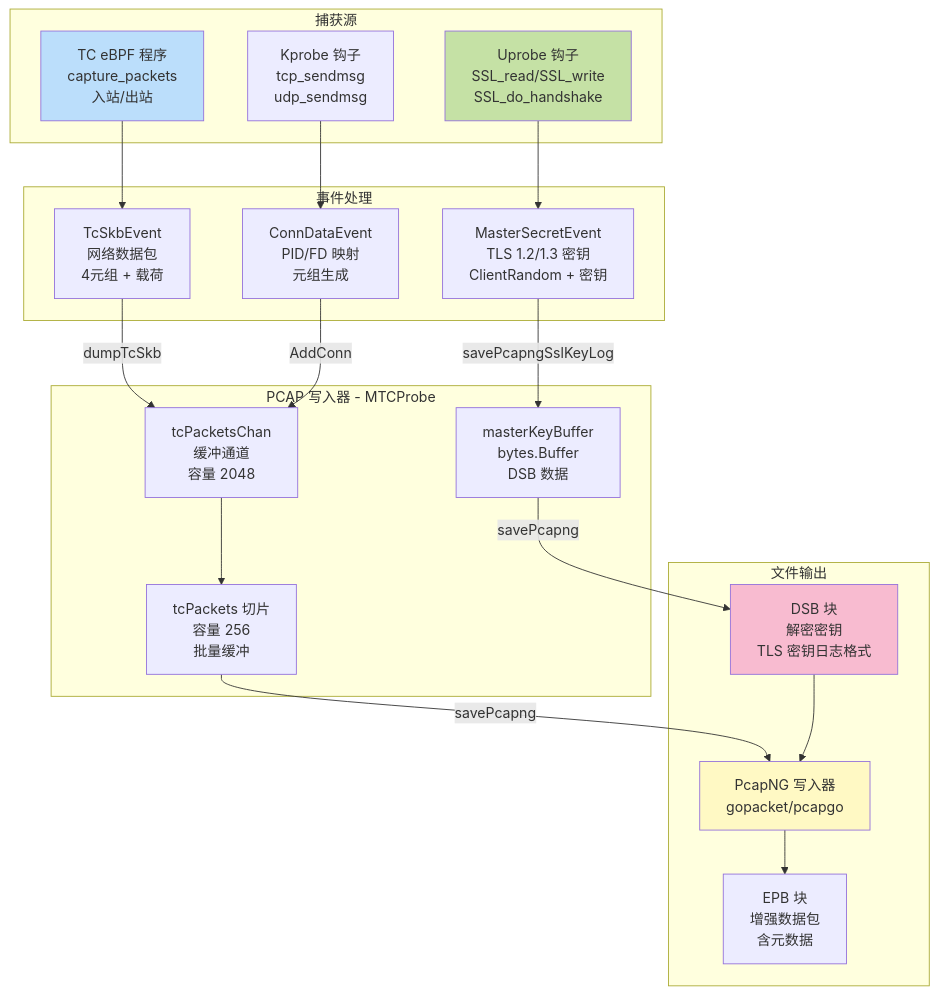
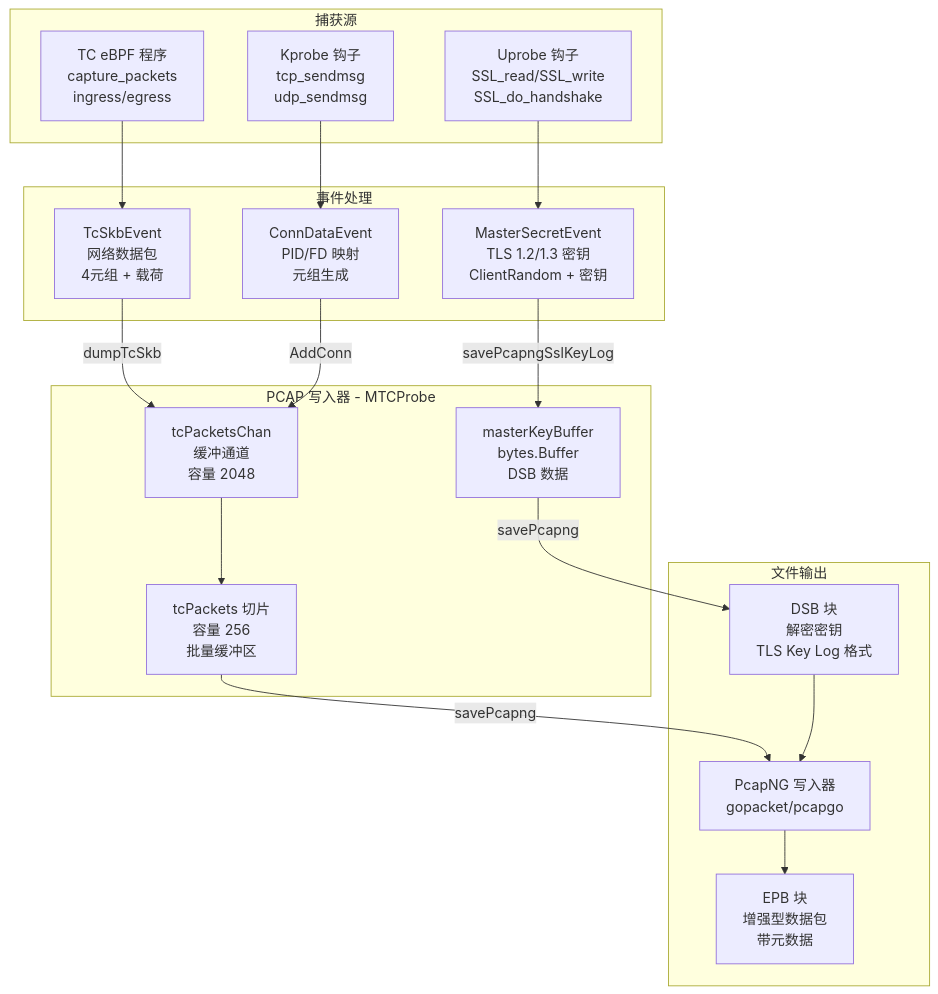
One commit to gojue/ecapture.cc changed the first of 8 diagrams in src/zh/4-output-formats/4.2-pcap-integration.md. Above: the diagram before and after it, drawn with Mermaid. The commit also changed other lines of this file and 115 other files, not shown here.

````diff
--- a/src/zh/4-output-formats/4.2-pcap-integration.md
+++ b/src/zh/4-output-formats/4.2-pcap-integration.md
@@ -23,46 +23,41 @@
 ```mermaid
 graph TB
     subgraph "捕获源"
-        TC[TC eBPF 程序<br/>capture_packets<br/>入站/出站]
-        UPROBE[Uprobe 钩子<br/>SSL_read/SSL_write<br/>SSL_do_handshake]
-        KPROBE[Kprobe 钩子<br/>tcp_sendmsg<br/>udp_sendmsg]
+        TC["TC eBPF 程序<br/>capture_packets<br/>ingress/egress"]
+        UPROBE["Uprobe 钩子<br/>SSL_read/SSL_write<br/>SSL_do_handshake"]
+        KPROBE["Kprobe 钩子<br/>tcp_sendmsg<br/>udp_sendmsg"]
     end
     
     subgraph "事件处理"
-        TC_EVENT[TcSkbEvent<br/>网络数据包<br/>4元组 + 载荷]
-        MS_EVENT[MasterSecretEvent<br/>TLS 1.2/1.3 密钥<br/>ClientRandom + 密钥]
-        CONN_EVENT[ConnDataEvent<br/>PID/FD 映射<br/>元组生成]
+        TC_EVENT["TcSkbEvent<br/>网络数据包<br/>4元组 + 载荷"]
+        MS_EVENT["MasterSecretEvent<br/>TLS 1.2/1.3 密钥<br/>ClientRandom + 密钥"]
+        CONN_EVENT["ConnDataEvent<br/>PID/FD 映射<br/>元组生成"]
     end
     
     subgraph "PCAP 写入器 - MTCProbe"
-        PACKET_CHAN[tcPacketsChan<br/>缓冲通道<br/>容量 2048]
-        PACKET_BUF[tcPackets 切片<br/>容量 256<br/>批量缓冲]
-        MASTERKEY_BUF[masterKeyBuffer<br/>bytes.Buffer<br/>DSB 数据]
+        PACKET_CHAN["tcPacketsChan<br/>缓冲通道<br/>容量 2048"]
+        PACKET_BUF["tcPackets 切片<br/>容量 256<br/>批量缓冲区"]
+        MASTERKEY_BUF["masterKeyBuffer<br/>bytes.Buffer<br/>DSB 数据"]
     end
     
     subgraph "文件输出"
-        PCAPNG_WRITER[PcapNG 写入器<br/>gopacket/pcapgo]
-        DSB_BLOCKS[DSB 块<br/>解密密钥<br/>TLS 密钥日志格式]
-        EPB_BLOCKS[EPB 块<br/>增强数据包<br/>含元数据]
+        PCAPNG_WRITER["PcapNG 写入器<br/>gopacket/pcapgo"]
+        DSB_BLOCKS["DSB 块<br/>解密密钥<br/>TLS Key Log 格式"]
+        EPB_BLOCKS["EPB 块<br/>增强型数据包<br/>带元数据"]
     end
     
     TC --> TC_EVENT
     UPROBE --> MS_EVENT
     KPROBE --> CONN_EVENT
     
-    TC_EVENT -->|dumpTcSkb| PACKET_CHAN
-    MS_EVENT -->|savePcapngSslKeyLog| MASTERKEY_BUF
-    CONN_EVENT -->|AddConn| PACKET_CHAN
+    TC_EVENT -->|"dumpTcSkb"| PACKET_CHAN
+    MS_EVENT -->|"savePcapngSslKeyLog"| MASTERKEY_BUF
+    CONN_EVENT -->|"AddConn"| PACKET_CHAN
     
     PACKET_CHAN --> PACKET_BUF
-    PACKET_BUF -->|savePcapng| PCAPNG_WRITER
-    MASTERKEY_BUF -->|savePcapng| DSB_BLOCKS
+    PACKET_BUF -->|"savePcapng"| PCAPNG_WRITER
+    MASTERKEY_BUF -->|"savePcapng"| DSB_BLOCKS
     
     PCAPNG_WRITER --> EPB_BLOCKS
     DSB_BLOCKS --> PCAPNG_WRITER
-    
-    style TC fill:#bbdefb
-    style UPROBE fill:#c5e1a5
-    style PCAPNG_WRITER fill:#fff9c4
-    style DSB_BLOCKS fill:#f8bbd0
 ```
````
